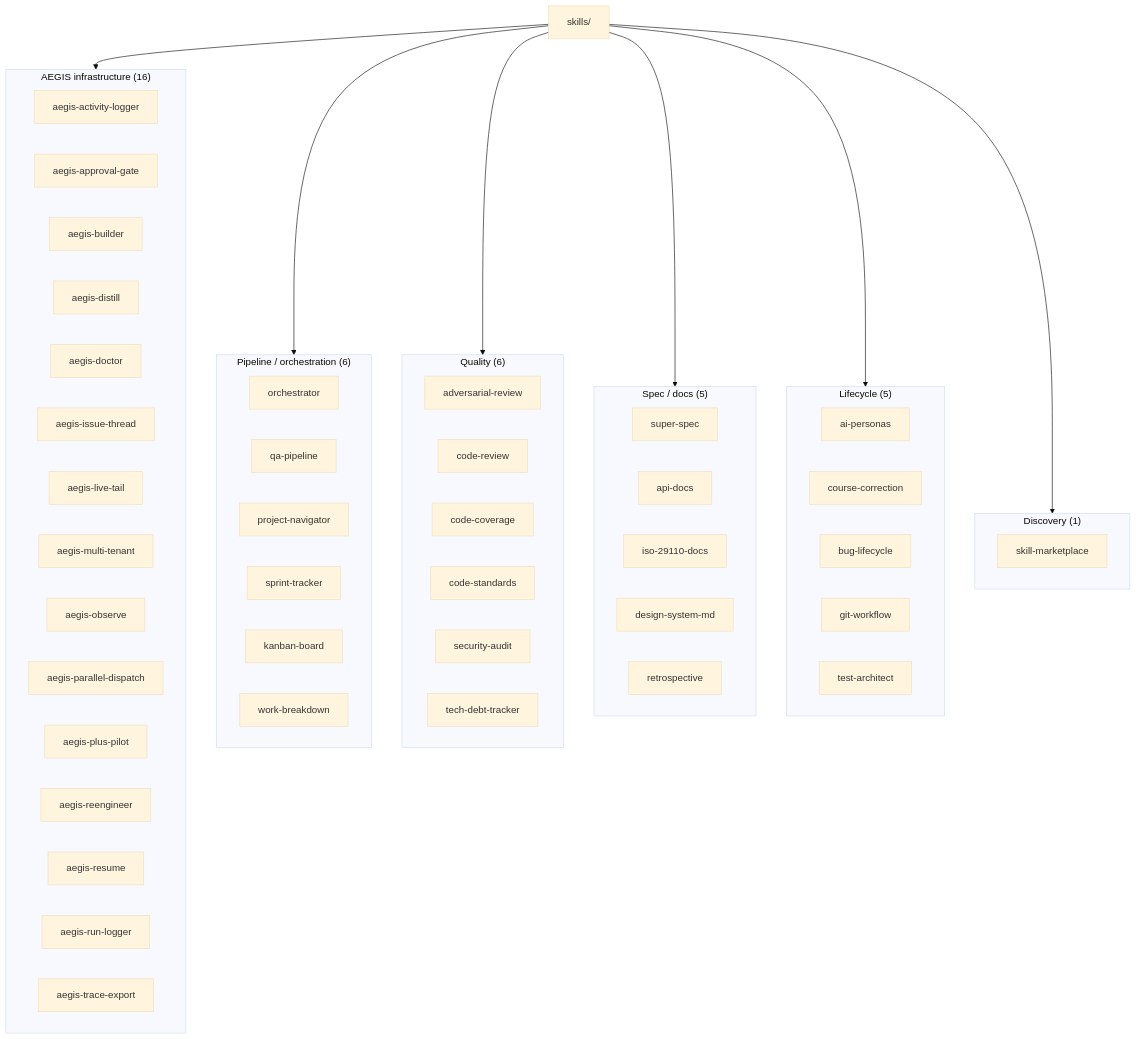
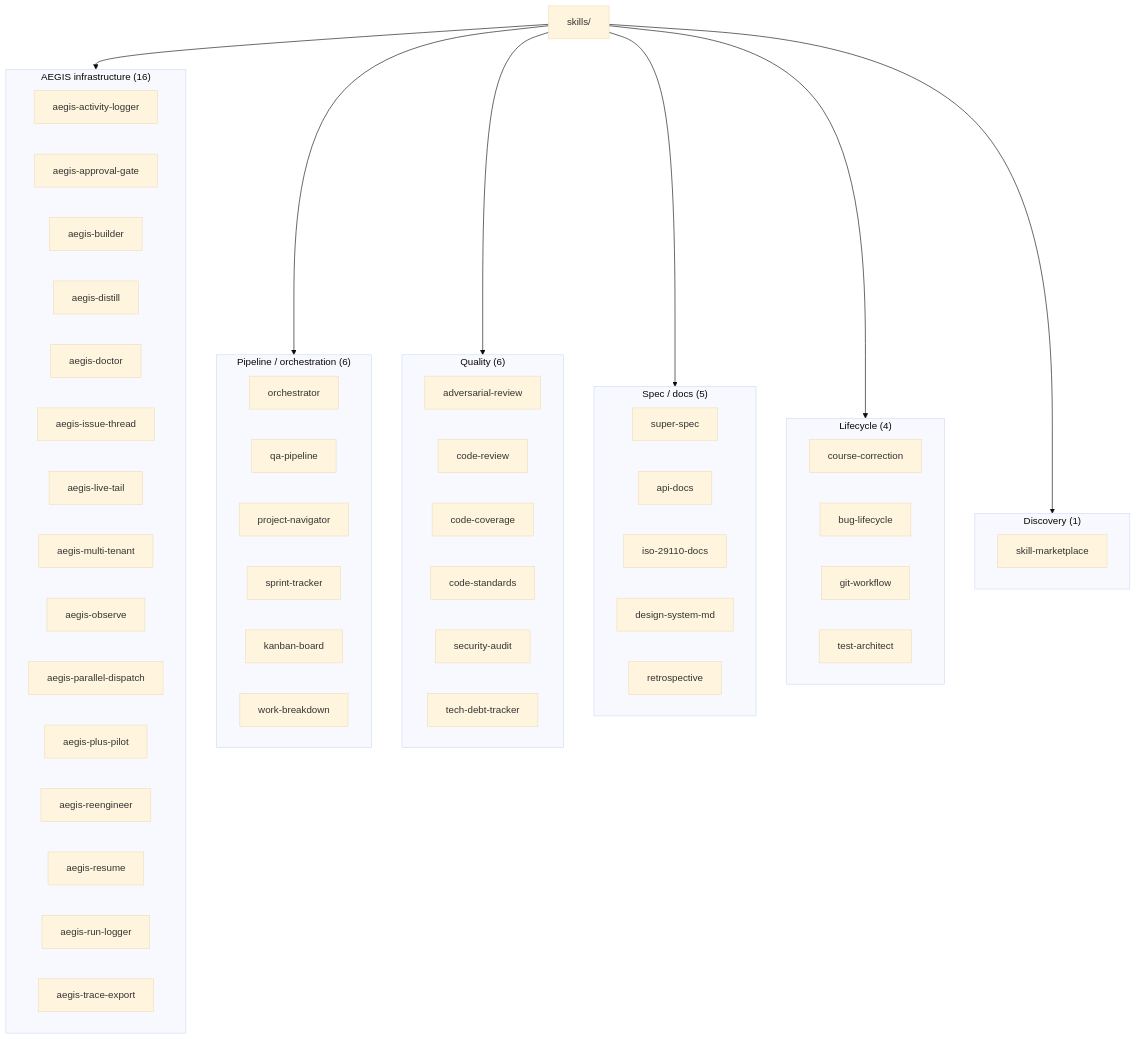
One commit to phariyawitjiap-aeternix/AEGIS-Team changed the fourth of 6 diagrams in docs/AEGIS_SKILL_HIERARCHY.md. Above: the diagram before and after it, drawn with Mermaid (base theme). The commit also changed 12 other files, not shown here.

````diff
--- a/docs/AEGIS_SKILL_HIERARCHY.md
+++ b/docs/AEGIS_SKILL_HIERARCHY.md
@@ -170,73 +170,72 @@
 ```mermaid
 flowchart TB
     SkillsRoot[" skills/ "]
 
     SkillsRoot --> Infra
     SkillsRoot --> Orchestration
     SkillsRoot --> Quality
     SkillsRoot --> Docs
     SkillsRoot --> Lifecycle
     SkillsRoot --> Discovery
 
     subgraph Infra[" AEGIS infrastructure (16) "]
         direction LR
         I1[aegis-activity-logger]
         I2[aegis-approval-gate]
         I3[aegis-builder]
         I4[aegis-distill]
         I5[aegis-doctor]
         I6[aegis-issue-thread]
         I7[aegis-live-tail]
         I8[aegis-multi-tenant]
         I9[aegis-observe]
         I10[aegis-parallel-dispatch]
         I11[aegis-plus-pilot]
         I12[aegis-reengineer]
         I13[aegis-resume]
         I15[aegis-run-logger]
         I16[aegis-trace-export]
     end
 
     subgraph Orchestration[" Pipeline / orchestration (6) "]
         direction LR
         O1[orchestrator]
         O2[qa-pipeline]
         O3[project-navigator]
         O4[sprint-tracker]
         O5[kanban-board]
         O6[work-breakdown]
     end
 
     subgraph Quality[" Quality (6) "]
         direction LR
         Q1[adversarial-review]
         Q2[code-review]
         Q3[code-coverage]
         Q4[code-standards]
         Q5[security-audit]
         Q6[tech-debt-tracker]
     end
 
     subgraph Docs[" Spec / docs (5) "]
         direction LR
         D1[super-spec]
         D2[api-docs]
         D3[iso-29110-docs]
         D4[design-system-md]
         D5[retrospective]
     end
 
-    subgraph Lifecycle[" Lifecycle (5) "]
+    subgraph Lifecycle[" Lifecycle (4) "]
         direction LR
-        L1[ai-personas]
         L2[course-correction]
         L3[bug-lifecycle]
         L4[git-workflow]
         L5[test-architect]
     end
 
     subgraph Discovery[" Discovery (1) "]
         direction LR
         S1[skill-marketplace]
     end
 ```
````
